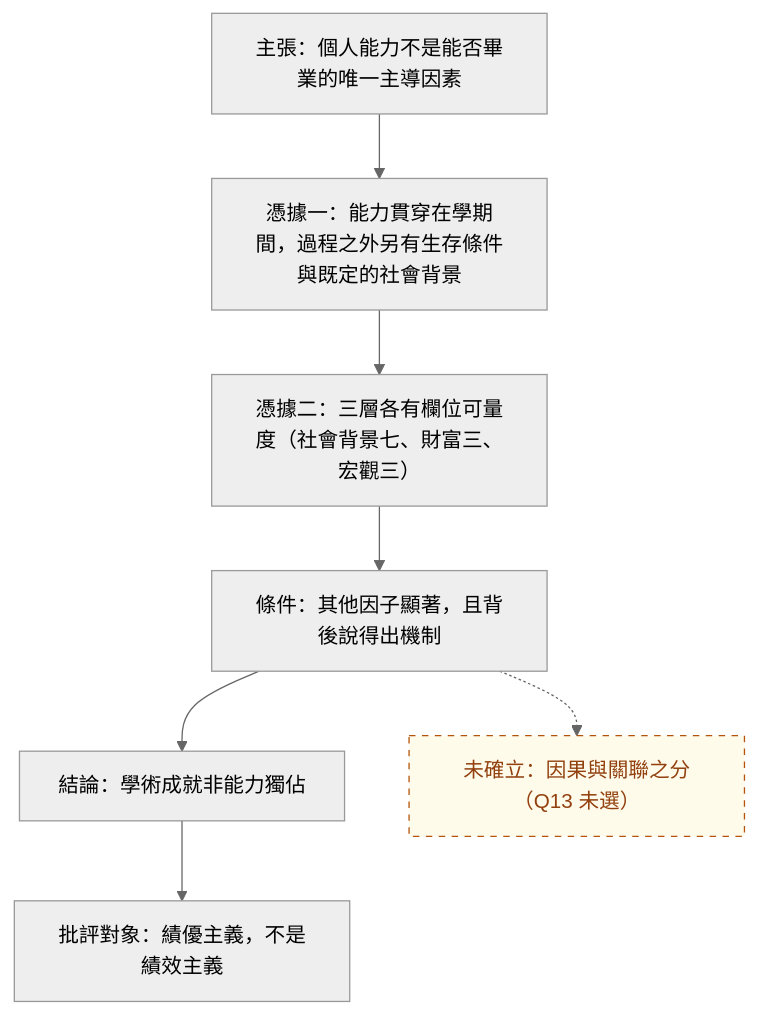
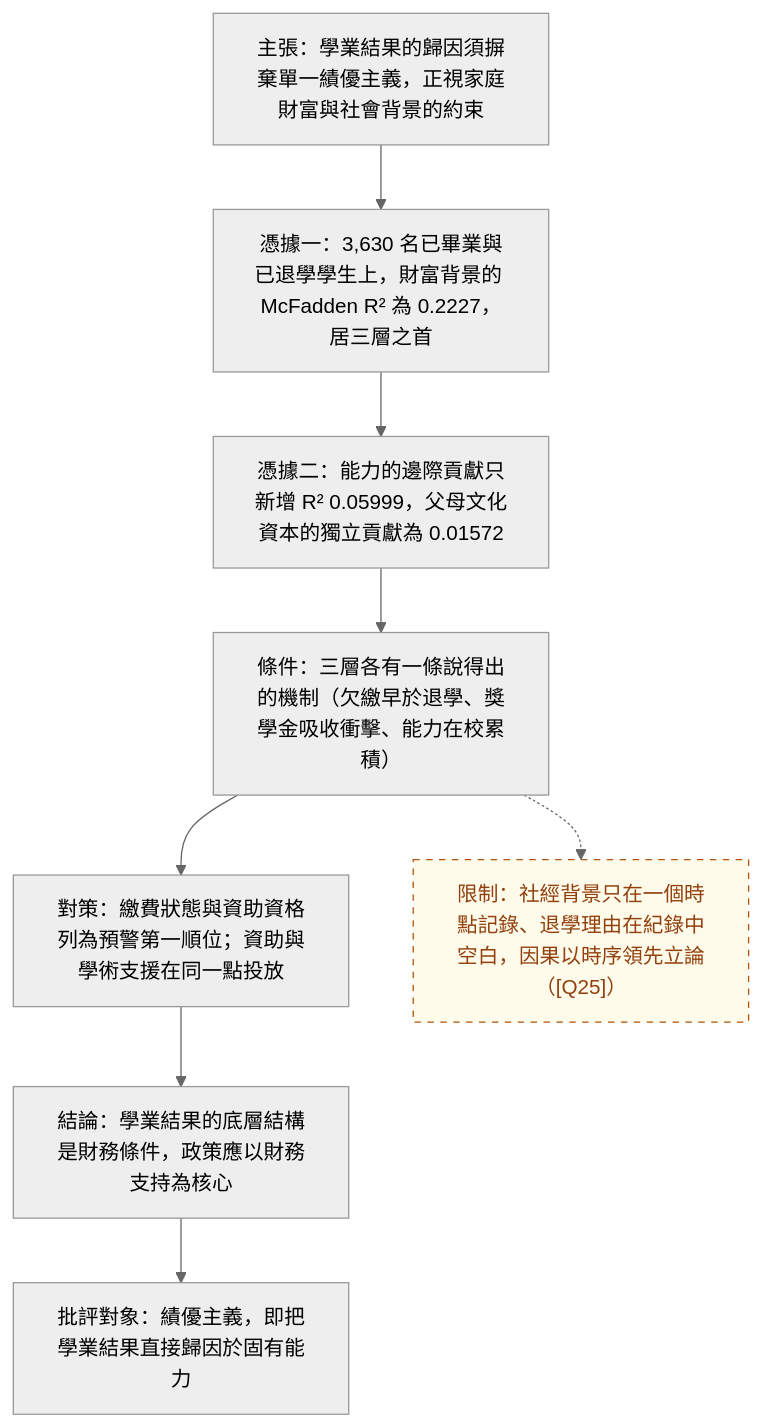
The diagram in docs/diagrams/01-argument.mmd (LaiTszKin/ams2640-group-project), drawn with Mermaid (neutral theme) before and after one commit. The commit also changed 7 other files, not shown here.

Commit message:
diagrams: 01-argument 依 docs/statement.md 重寫（新增對策一節，未確立改為資料限制）；中英同步重繪

```diff
--- a/docs/diagrams/01-argument.mmd
+++ b/docs/diagrams/01-argument.mmd
@@ -1,17 +1,19 @@
-%% source: summary.md 現在確立的 (能力貫穿過程 / 過程之外有兩類 / 顯著不足 / 批評對象為績優主義), 尚未確立的 (因果與關聯之分)
+%% source: docs/statement.md §一（主張與 R² 實證）、§二（三條機制）、§三（兩項對策）、§四（公平）；限制一句取自 docs/report.md 的範圍界定（[Q25]）
 flowchart TD
-  C["主張：個人能力不是能否畢業的唯一主導因素"]
-  W1["憑據一：能力貫穿在學期間，過程之外另有生存條件與既定的社會背景"]
-  W2["憑據二：三層各有欄位可量度（社會背景七、財富三、宏觀三）"]
-  O["條件：其他因子顯著，且背後說得出機制"]
-  R["結論：學術成就非能力獨佔"]
-  N["批評對象：績優主義，不是績效主義"]
-  X["未確立：因果與關聯之分（Q13 未選）"]
+  C["主張：學業結果的歸因須摒棄單一績優主義，正視家庭財富與社會背景的約束"]
+  W1["憑據一：3,630 名已畢業與已退學學生上，財富背景的 McFadden R² 為 0.2227，居三層之首"]
+  W2["憑據二：能力的邊際貢獻只新增 R² 0.05999，父母文化資本的獨立貢獻為 0.01572"]
+  O["條件：三層各有一條說得出的機制（欠繳早於退學、獎學金吸收衝擊、能力在校累積）"]
+  P["對策：繳費狀態與資助資格列為預警第一順位；資助與學術支援在同一點投放"]
+  R["結論：學業結果的底層結構是財務條件，政策應以財務支持為核心"]
+  N["批評對象：績優主義，即把學業結果直接歸因於固有能力"]
+  X["限制：社經背景只在一個時點記錄、退學理由在紀錄中空白，因果以時序領先立論（[Q25]）"]
   C --> W1
   W1 --> W2
   W2 --> O
-  O --> R
+  O --> P
+  P --> R
   R --> N
   O -.-> X
   classDef open stroke-dasharray: 5 5,stroke:#b45309,color:#92400e,fill:#fffbeb
   class X open
```
